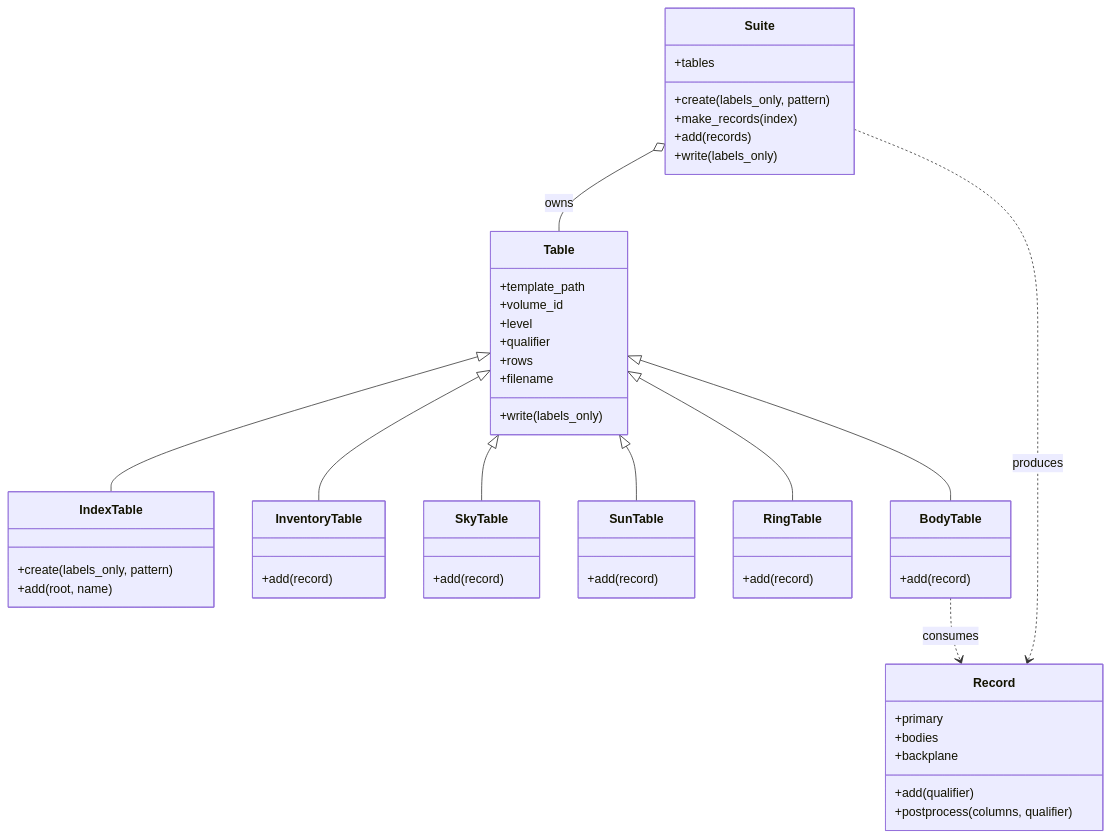
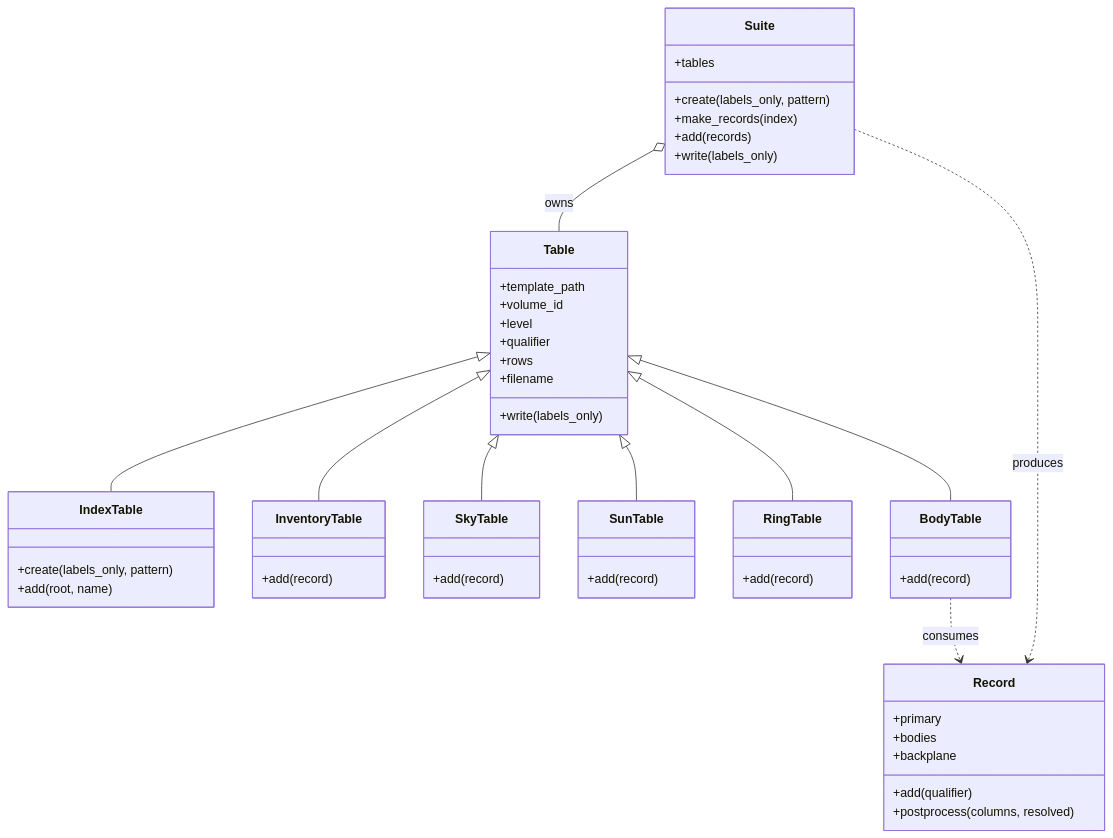
One commit to SETI/rms-metadata-tools changed the diagram in docs/dev_guide/dev_guide_architecture.rst. Above: the diagram before and after it, drawn with Mermaid. The commit also changed other lines of this file and 65 other files, not shown here.

```diff
--- a/docs/dev_guide/dev_guide_architecture.rst
+++ b/docs/dev_guide/dev_guide_architecture.rst
@@ -37,55 +37,55 @@
 .. mermaid::
 
    classDiagram
        class Table {
            +template_path
            +volume_id
            +level
            +qualifier
            +rows
            +filename
            +write(labels_only)
        }
        class IndexTable {
            +create(labels_only, pattern)
            +add(root, name)
        }
        class InventoryTable {
            +add(record)
        }
        class SkyTable {
            +add(record)
        }
        class SunTable {
            +add(record)
        }
        class RingTable {
            +add(record)
        }
        class BodyTable {
            +add(record)
        }
        class Suite {
            +tables
            +create(labels_only, pattern)
            +make_records(index)
            +add(records)
            +write(labels_only)
        }
        class Record {
            +primary
            +bodies
            +backplane
            +add(qualifier)
-           +postprocess(columns, qualifier)
+           +postprocess(columns, resolved)
        }
 
        Table <|-- IndexTable
        Table <|-- InventoryTable
        Table <|-- SkyTable
        Table <|-- SunTable
        Table <|-- RingTable
        Table <|-- BodyTable
        Suite o-- Table : owns
        Suite ..> Record : produces
        BodyTable ..> Record : consumes
```
